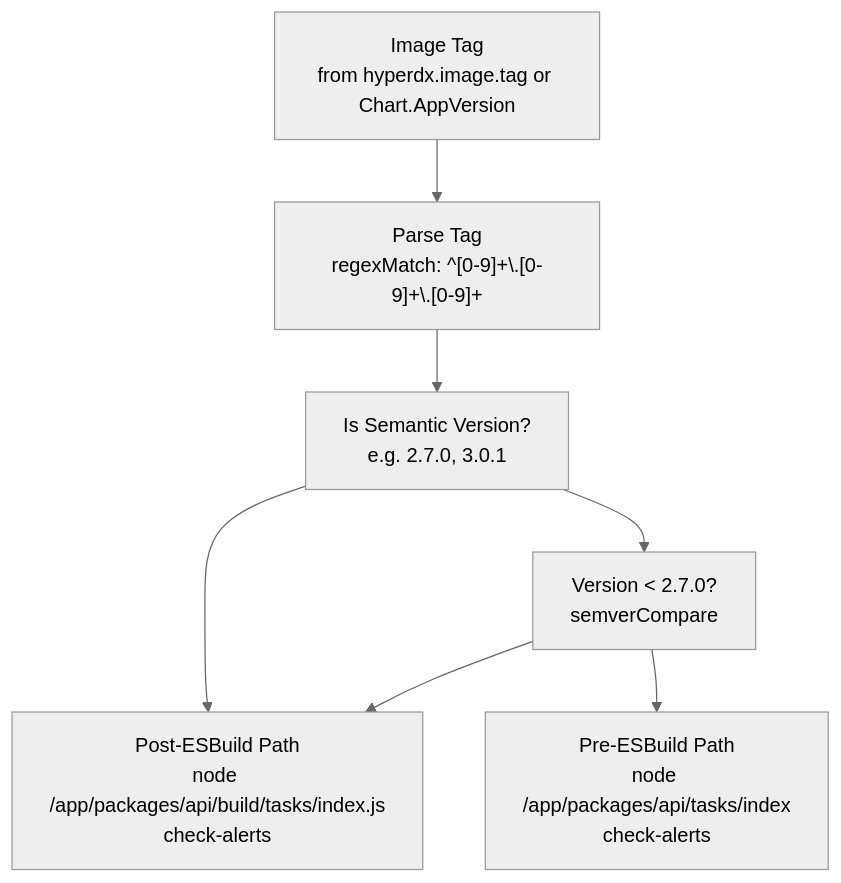
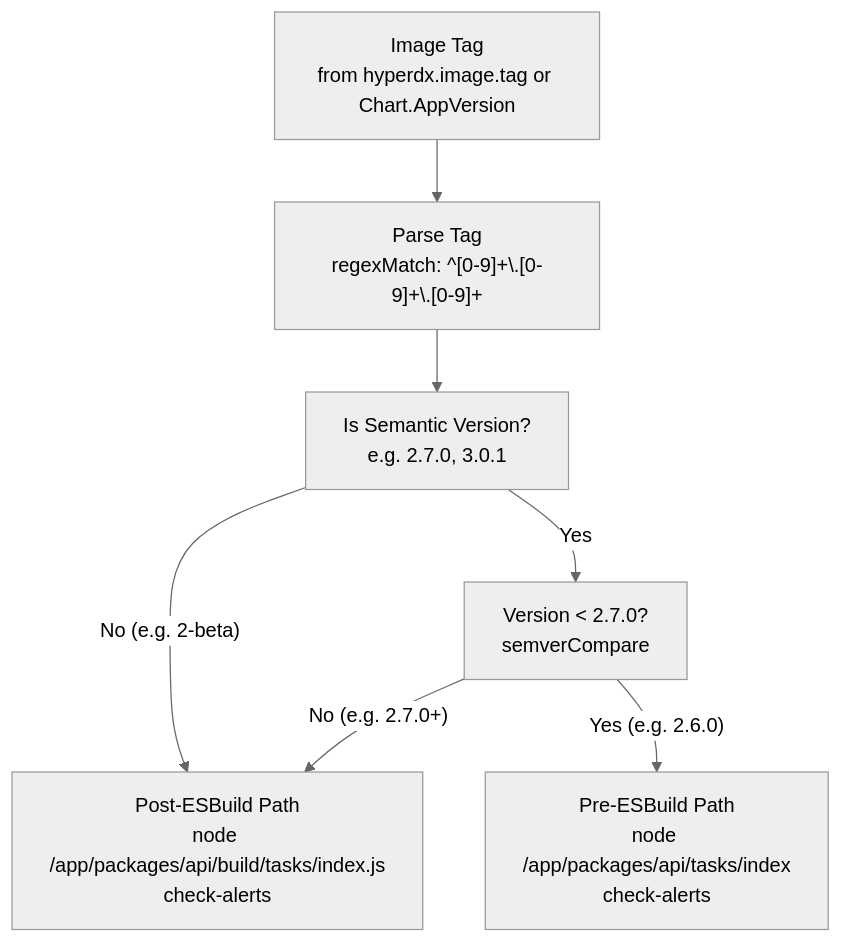
The fourth of 4 diagrams in docs/hyperdxio-helm-charts-docs/Scheduled-Tasks-System.md (openchoreo/openchoreo), drawn with Mermaid (neutral theme) before and after one commit. The commit also changed other lines of this file and 85 other files, not shown here.

Commit message:
feat: Add new workflow and specification templates, update Helm chart dependencies, and clarify documentation diagrams.

````diff
--- a/docs/hyperdxio-helm-charts-docs/Scheduled-Tasks-System.md
+++ b/docs/hyperdxio-helm-charts-docs/Scheduled-Tasks-System.md
@@ -251,17 +251,17 @@
 ```mermaid
 flowchart TD
 
 ImageTag["Image Tag<br>from hyperdx.image.tag or Chart.AppVersion"]
 ParseVersion["Parse Tag<br>regexMatch: ^[0-9]+\.[0-9]+\.[0-9]+"]
 IsSemanticVersion["Is Semantic Version?<br>e.g. 2.7.0, 3.0.1"]
 CompareVersion["Version < 2.7.0?<br>semverCompare"]
 PreEsbuild["Pre-ESBuild Path<br>node /app/packages/api/tasks/index<br>check-alerts"]
 PostEsbuild["Post-ESBuild Path<br>node /app/packages/api/build/tasks/index.js<br>check-alerts"]
 
 ImageTag --> ParseVersion
 ParseVersion --> IsSemanticVersion
-IsSemanticVersion --> PostEsbuild
-IsSemanticVersion --> CompareVersion
-CompareVersion --> PreEsbuild
-CompareVersion --> PostEsbuild
+IsSemanticVersion -->|"No (e.g. 2-beta)"| PostEsbuild
+IsSemanticVersion -->|"Yes"| CompareVersion
+CompareVersion -->|"Yes (e.g. 2.6.0)"| PreEsbuild
+CompareVersion -->|"No (e.g. 2.7.0+)"| PostEsbuild
 ```
````
